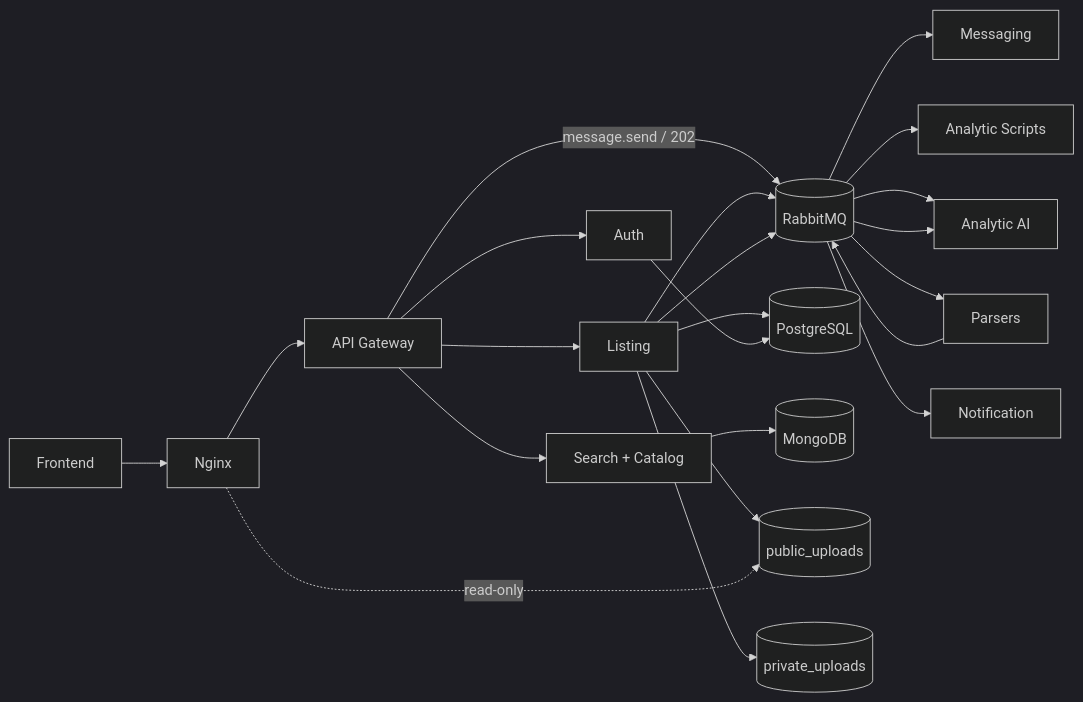
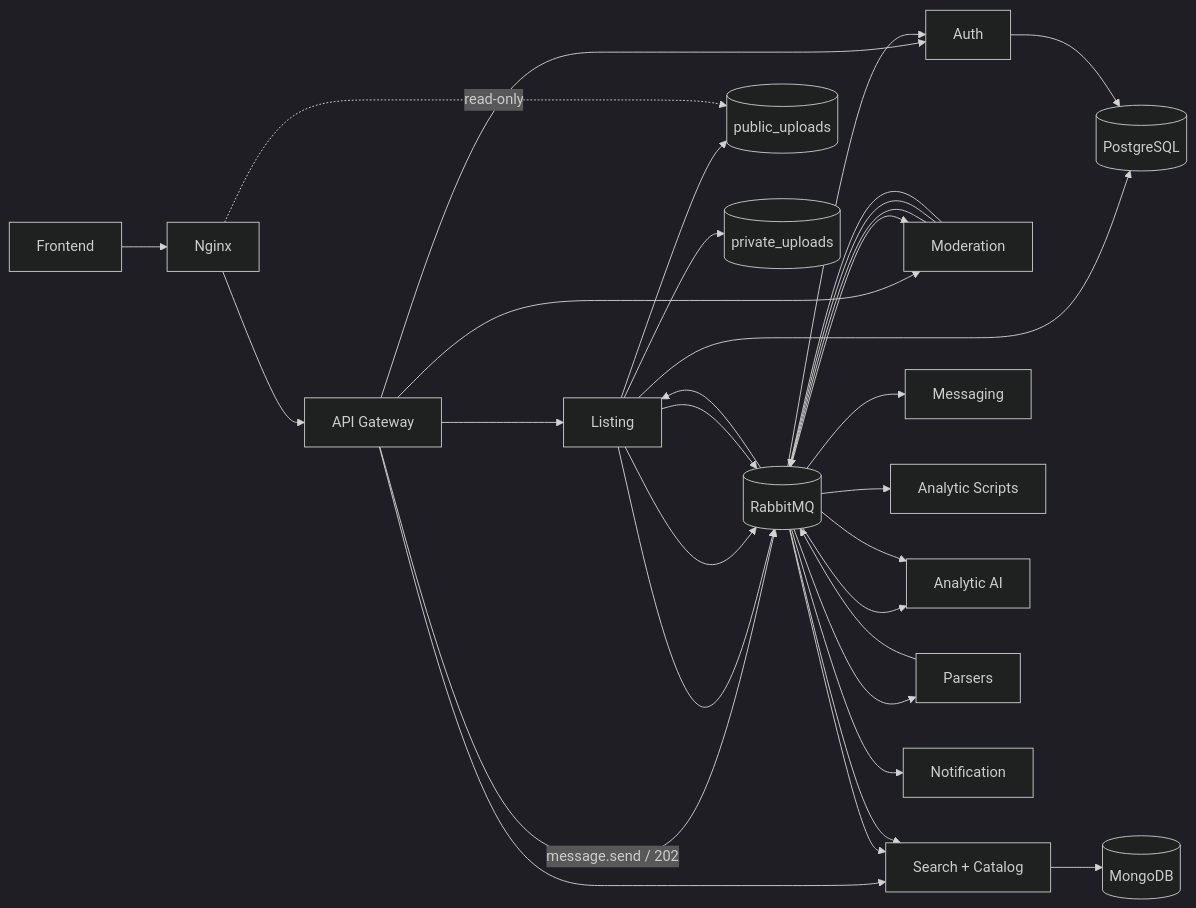
Before and after one commit to Roma-projects/ProjObjInvestPlatform: the diagram in README.md, drawn with Mermaid (dark theme). The commit also changed other lines of this file and 148 other files, not shown here.

````diff
--- a/README.md
+++ b/README.md
@@ -31,22 +32,28 @@
 ```mermaid
 flowchart LR
   FE[Frontend] --> N[Nginx]
   N --> G[API Gateway]
   G --> A[Auth]
   G --> L[Listing]
+  G --> MOD[Moderation]
   G --> S[Search + Catalog]
   G -->|message.send / 202| MQ[(RabbitMQ)]
   MQ --> M[Messaging]
   L --> MQ
   MQ --> AS[Analytic Scripts]
   MQ --> AI[Analytic AI]
   L --> MQ --> P[Parsers]
   P --> MQ --> AI
+  MQ --> MOD
+  MOD --> MQ --> L
+  L --> MQ --> S
+  MOD --> MQ --> A
+  MOD --> MQ --> S
   MQ --> NO[Notification]
   L --> PG[(PostgreSQL)]
   A --> PG
   S --> MO[(MongoDB)]
   L --> PUB[(public_uploads)]
   L --> PRIV[(private_uploads)]
   N -. read-only .-> PUB
 ```
````
